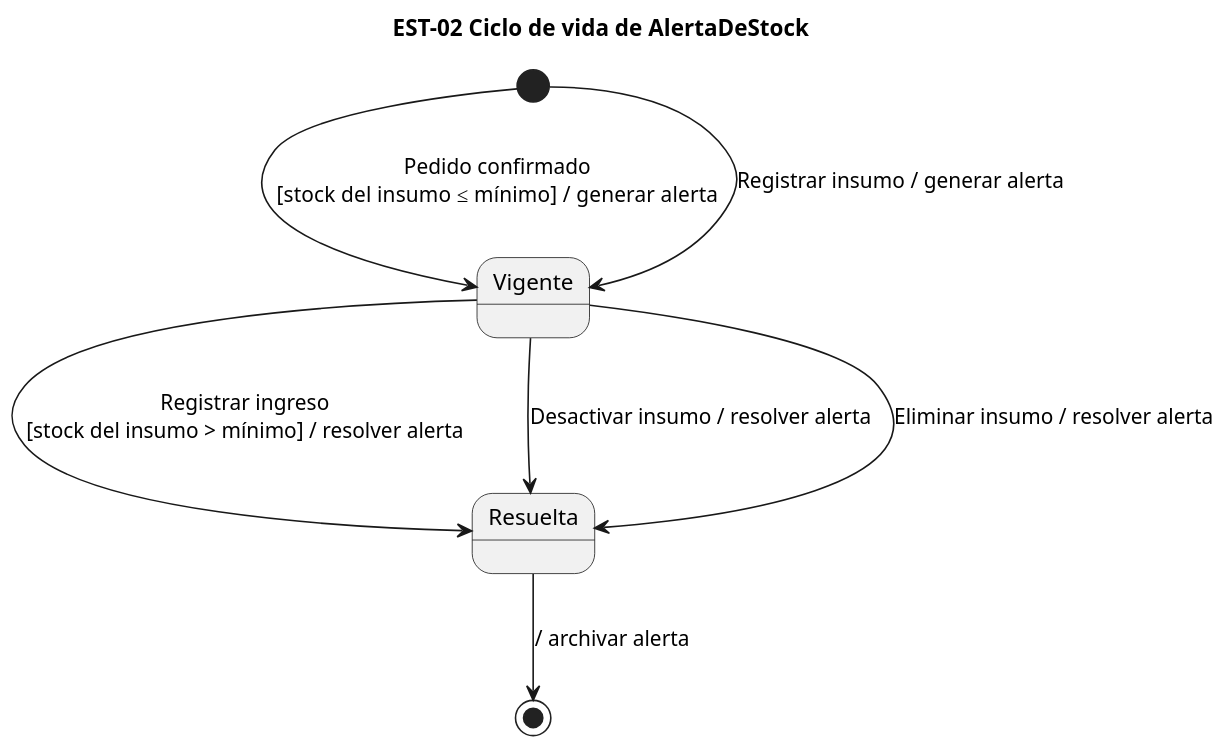
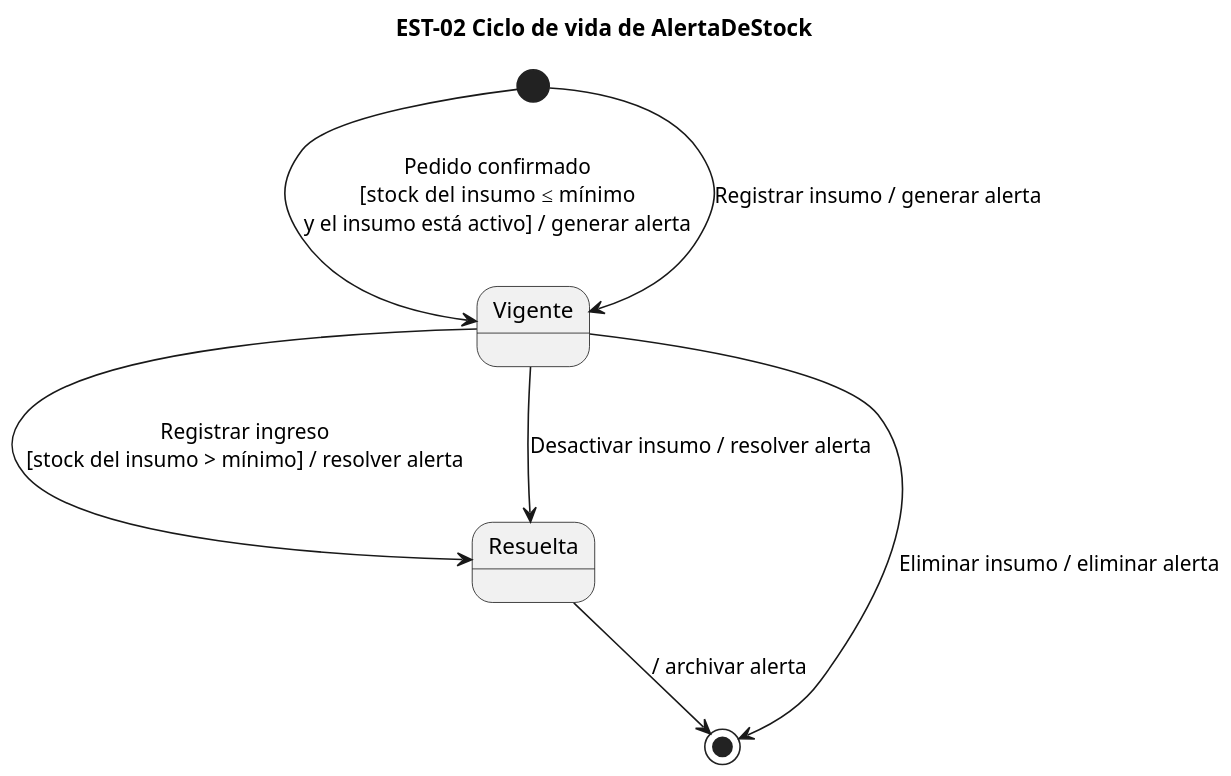
The diagram in diagramas/est-02.puml (lambtto/Gestor-Inventario-Brookie), drawn with PlantUML before and after one commit. The commit also changed 21 other files, not shown here.

First line of the commit message:
Correcciones de coherencia entre artefactos y diagramas

```diff
--- a/diagramas/est-02.puml
+++ b/diagramas/est-02.puml
@@ -1,13 +1,13 @@
 @startuml est-02
 title EST-02 Ciclo de vida de AlertaDeStock
 skinparam dpi 140
 state "Vigente" as Vig
 state "Resuelta" as Res
 
-[*] --> Vig : Pedido confirmado\n[stock del insumo ≤ mínimo] / generar alerta
+[*] --> Vig : Pedido confirmado\n[stock del insumo ≤ mínimo\ny el insumo está activo] / generar alerta
 [*] --> Vig : Registrar insumo / generar alerta
 Vig --> Res : Registrar ingreso\n[stock del insumo > mínimo] / resolver alerta
 Vig --> Res : Desactivar insumo / resolver alerta
-Vig --> Res : Eliminar insumo / resolver alerta
+Vig --> [*] : Eliminar insumo / eliminar alerta
 Res --> [*] : / archivar alerta
 @enduml
```
